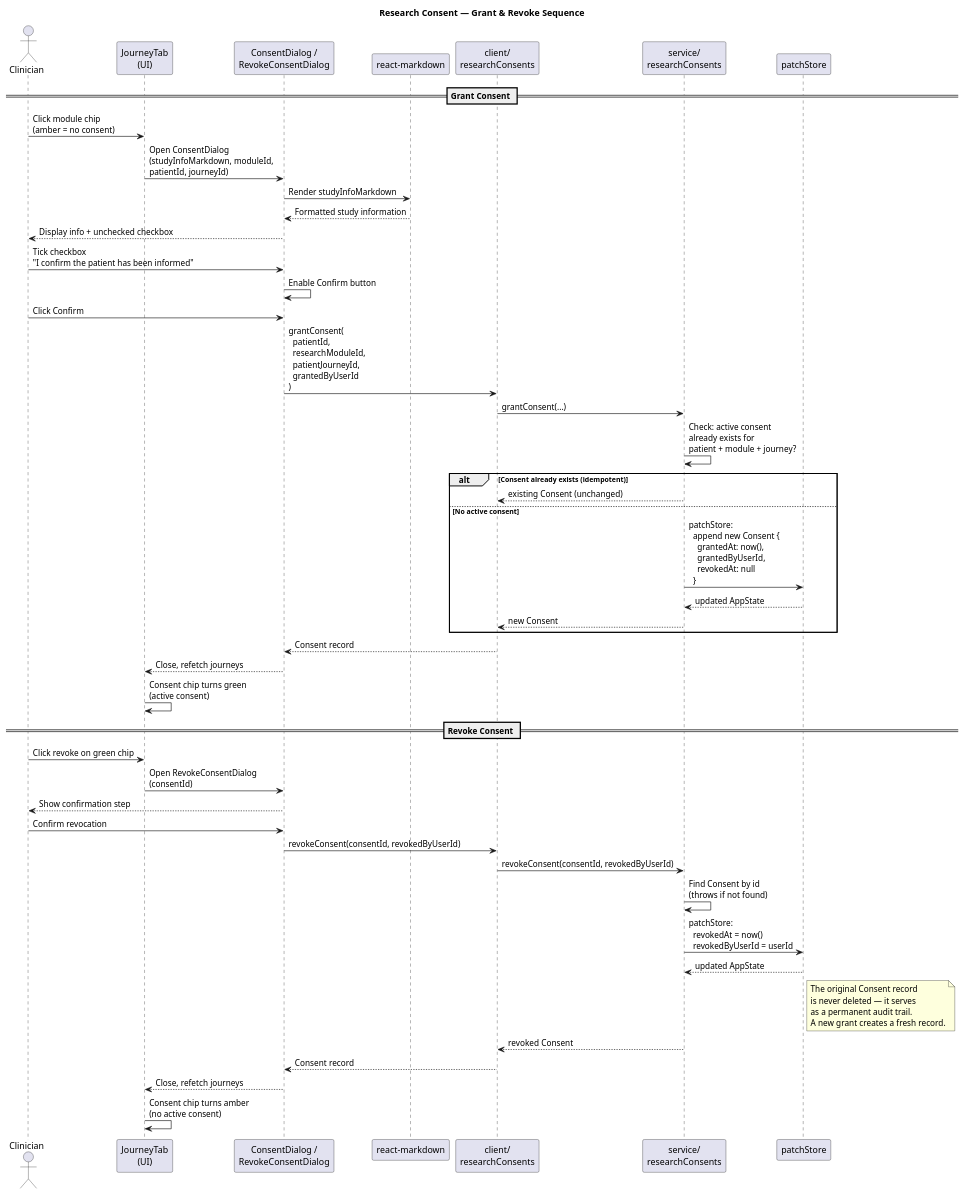
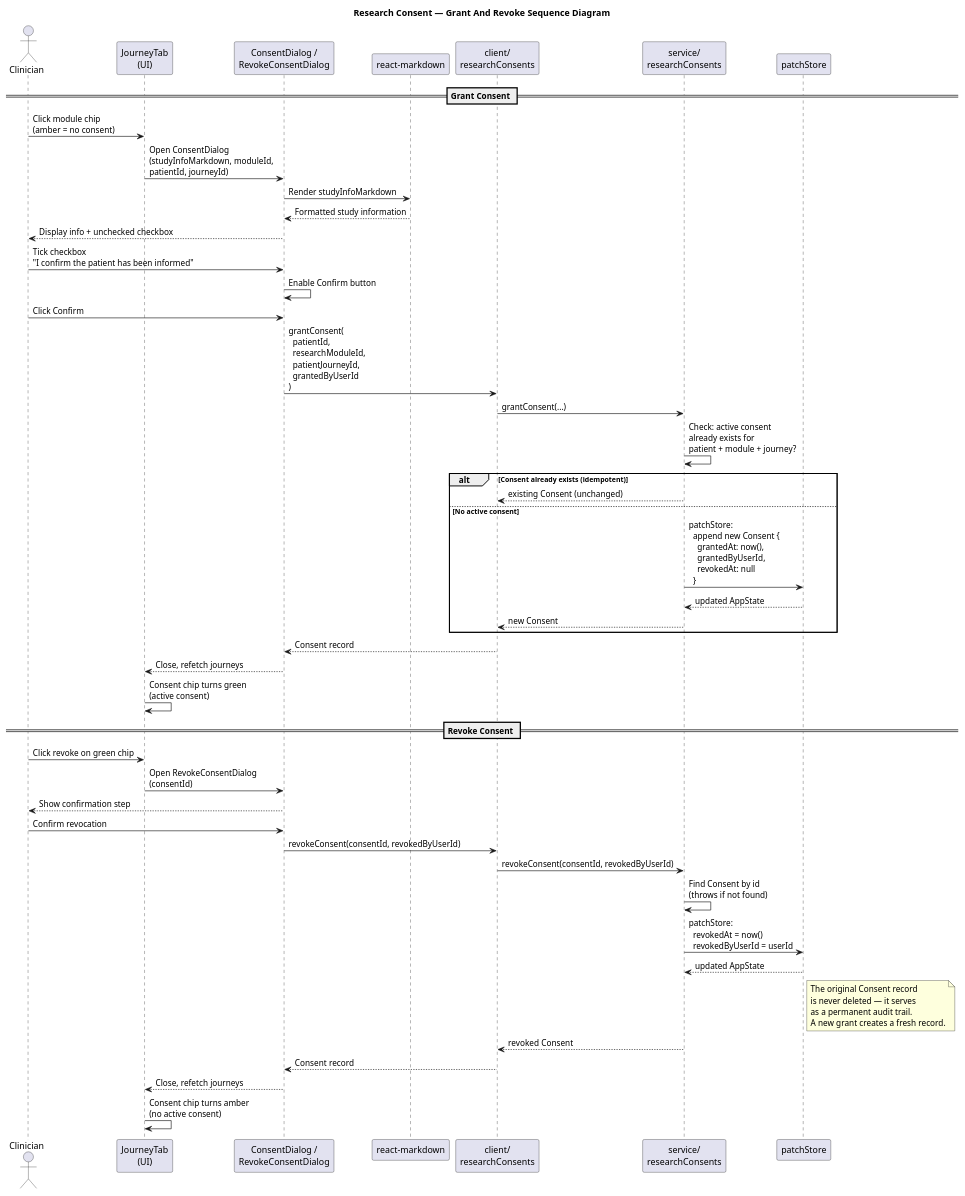
One commit to gforge/DUK changed the diagram in docs/diagrams/research-consent-sequence.puml. Above: the diagram before and after it, drawn with PlantUML. The commit also changed 38 other files, not shown here.

```diff
--- a/docs/diagrams/research-consent-sequence.puml
+++ b/docs/diagrams/research-consent-sequence.puml
@@ -1,60 +1,60 @@
 @startuml
-title Research Consent — Grant & Revoke Sequence
+title Research Consent — Grant And Revoke Sequence Diagram
 
 actor Clinician
 participant "JourneyTab\n(UI)" as UI
 participant "ConsentDialog /\nRevokeConsentDialog" as Dialog
 participant "react-markdown" as MD
 participant "client/\nresearchConsents" as Client
 participant "service/\nresearchConsents" as Service
 participant "patchStore" as Store
 
 == Grant Consent ==
 
 Clinician -> UI : Click module chip\n(amber = no consent)
 UI -> Dialog : Open ConsentDialog\n(studyInfoMarkdown, moduleId,\npatientId, journeyId)
 Dialog -> MD : Render studyInfoMarkdown
 MD --> Dialog : Formatted study information
 Dialog --> Clinician : Display info + unchecked checkbox
 Clinician -> Dialog : Tick checkbox\n"I confirm the patient has been informed"
 Dialog -> Dialog : Enable Confirm button
 Clinician -> Dialog : Click Confirm
 Dialog -> Client : grantConsent(\n  patientId,\n  researchModuleId,\n  patientJourneyId,\n  grantedByUserId\n)
 Client -> Service : grantConsent(...)
 Service -> Service : Check: active consent\nalready exists for\npatient + module + journey?
 alt Consent already exists (idempotent)
   Service --> Client : existing Consent (unchanged)
 else No active consent
   Service -> Store : patchStore:\n  append new Consent {\n    grantedAt: now(),\n    grantedByUserId,\n    revokedAt: null\n  }
   Store --> Service : updated AppState
   Service --> Client : new Consent
 end
 Client --> Dialog : Consent record
 Dialog --> UI : Close, refetch journeys
 UI -> UI : Consent chip turns green\n(active consent)
 
 == Revoke Consent ==
 
 Clinician -> UI : Click revoke on green chip
 UI -> Dialog : Open RevokeConsentDialog\n(consentId)
 Dialog --> Clinician : Show confirmation step
 Clinician -> Dialog : Confirm revocation
 Dialog -> Client : revokeConsent(consentId, revokedByUserId)
 Client -> Service : revokeConsent(consentId, revokedByUserId)
 Service -> Service : Find Consent by id\n(throws if not found)
 Service -> Store : patchStore:\n  revokedAt = now()\n  revokedByUserId = userId
 Store --> Service : updated AppState
 
 note right of Store
   The original Consent record
   is never deleted — it serves
   as a permanent audit trail.
   A new grant creates a fresh record.
 end note
 
 Service --> Client : revoked Consent
 Client --> Dialog : Consent record
 Dialog --> UI : Close, refetch journeys
 UI -> UI : Consent chip turns amber\n(no active consent)
 
 @enduml
```
